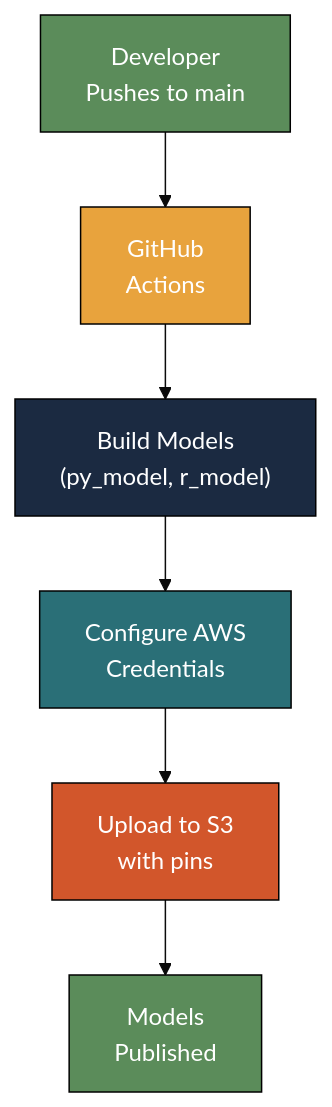
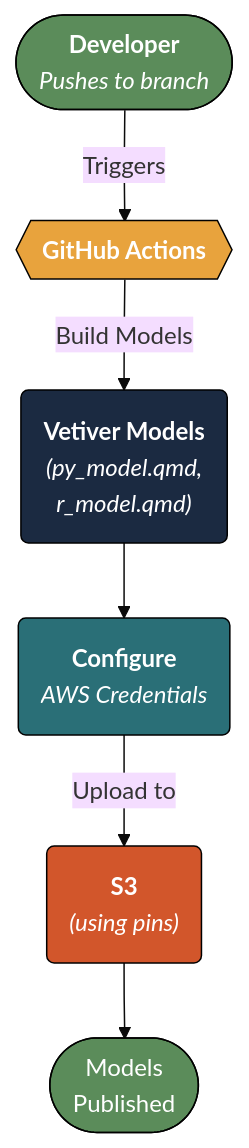
One commit to mjfrigaard/do4ds-labs changed the first of 2 diagrams in gha-s3.qmd. Above: the diagram before and after it, drawn with Mermaid. The commit also changed other lines of this file and 70 other files, not shown here.

````diff
--- a/gha-s3.qmd
+++ b/gha-s3.qmd
@@ -29,20 +29,22 @@
 ```{mermaid}
 %%| fig-cap: 'GitHub Actions Automated Deployment'
 %%| fig-width: 7.0
 %%| fig-align: 'center'
 %%{init: {'theme': 'base', 'themeVariables': {'fontFamily': 'monospace'}}}%%
 
 graph TD
-    Push["Developer<br/>Pushes to main"] --> GHA["GitHub<br/>Actions"]
-    GHA --> Build["Build Models<br/>(py_model, r_model)"]
-    Build --> Auth["Configure AWS<br/>Credentials"]
-    Auth --> Upload["Upload to S3<br/>with pins"]
-    Upload --> Success["Models<br/>Published"]
+    Push(["<strong>Developer</strong><br/><em>Pushes to branch</em>"]) 
+    GHA{{"<strong>GitHub Actions</strong>"}}
+    Push --Triggers--> GHA
+    GHA --"Build Models"--> Build("<strong>Vetiver Models</strong><br/><em>(py_model.qmd, <br>r_model.qmd)</em>")
+    Build --> Auth("<strong>Configure</strong><br><em>AWS Credentials</em>")
+    Auth --"Upload to"--> S3("<strong>S3</strong><br/><em>(using pins)</em>")
+    S3 --> Success(["Models<br/>Published"])
 
     style Push fill:#5B8C5A,stroke:#000000,stroke-width:1px,color:#ffffff
     style GHA fill:#E8A33D,stroke:#000000,stroke-width:1px,color:#ffffff
     style Build fill:#1B2A41,stroke:#000000,stroke-width:1px,color:#ffffff
     style Auth fill:#2A6F77,stroke:#000000,stroke-width:1px,color:#ffffff
-    style Upload fill:#D2562B,stroke:#000000,stroke-width:1px,color:#ffffff
+    style S3 fill:#D2562B,stroke:#000000,stroke-width:1px,color:#ffffff
     style Success fill:#5B8C5A,stroke:#000000,stroke-width:1px,color:#ffffff
 ```
````
